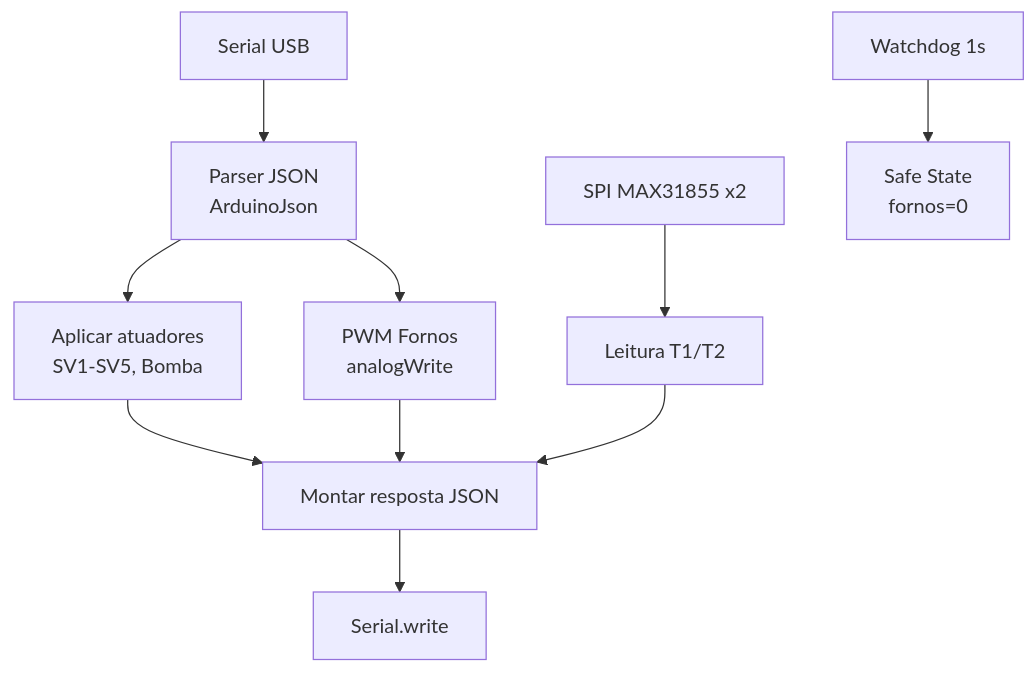
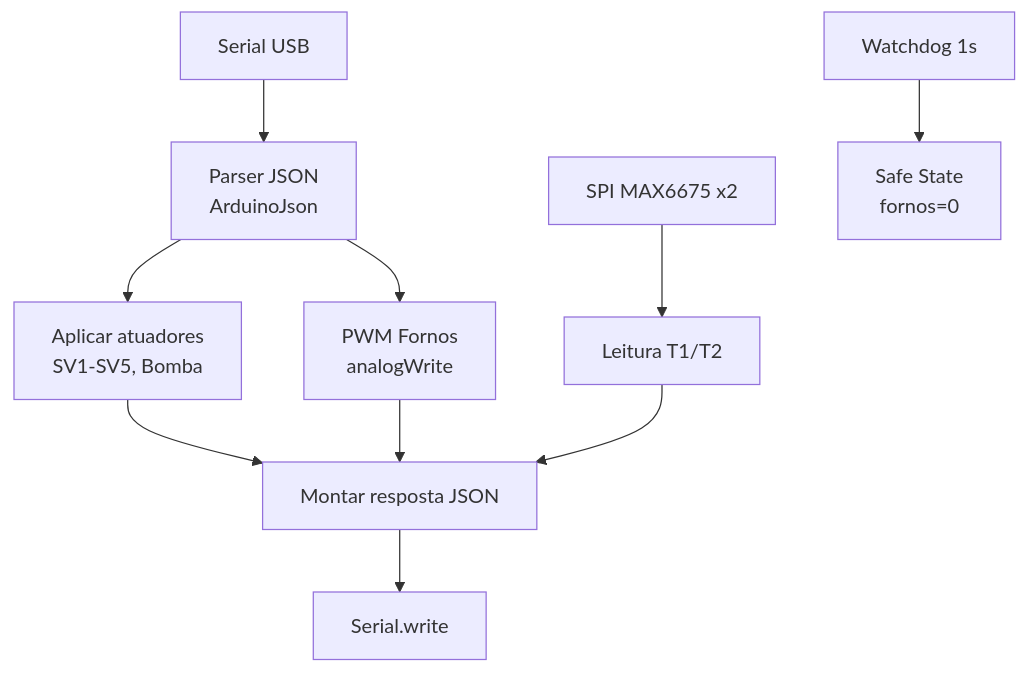
Before and after one commit to wvianna/especiacao-mercurio-frontend-back-end: the diagram in .specs/features/firmware-daq/design.md, drawn with Mermaid. The commit also changed other lines of this file and 8 other files, not shown here.

````diff
--- a/.specs/features/firmware-daq/design.md
+++ b/.specs/features/firmware-daq/design.md
@@ -12,12 +12,12 @@
 ```mermaid
 graph TD
     S[Serial USB] --> P[Parser JSON<br/>ArduinoJson]
     P --> A[Aplicar atuadores<br/>SV1-SV5, Bomba]
     P --> W[PWM Fornos<br/>analogWrite]
-    SP[SPI MAX31855 x2] --> R[Leitura T1/T2]
+    SP[SPI MAX6675 x2] --> R[Leitura T1/T2]
     A --> O[Montar resposta JSON]
     W --> O
     R --> O
     O --> T[Serial.write]
     WD[Watchdog 1s] --> SAFE[Safe State<br/>fornos=0]
 ```
````
